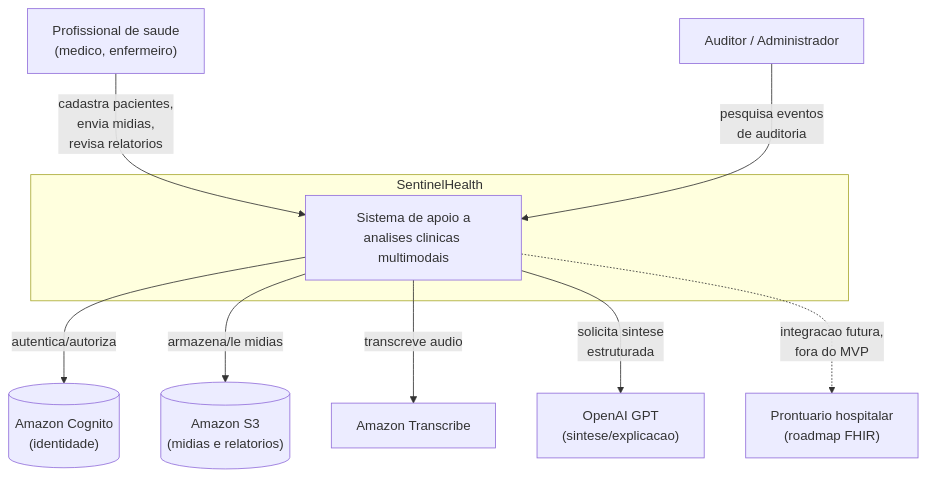
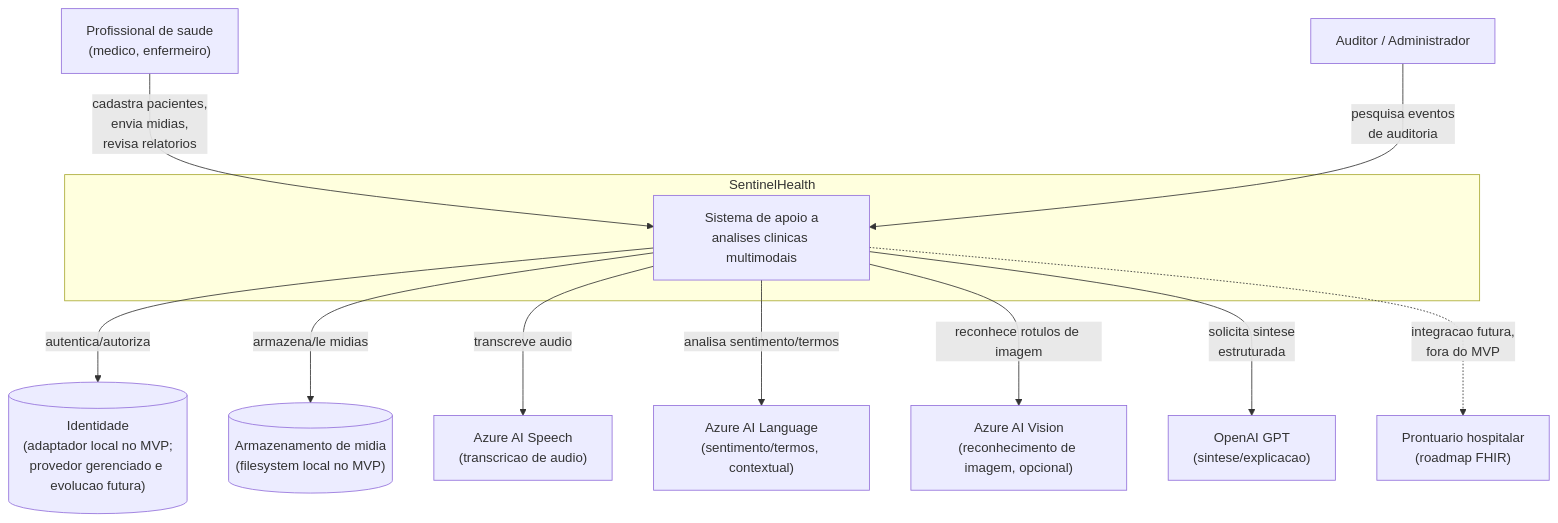
The diagram in docs/architecture/01-contexto.mmd (marcosvrc/sentinela-multimodal), drawn with Mermaid before and after one commit. The commit also changed 155 other files, not shown here.

```diff
--- a/docs/architecture/01-contexto.mmd
+++ b/docs/architecture/01-contexto.mmd
@@ -1,23 +1,27 @@
 %% Diagrama de Contexto (C4 nivel 1) - SentinelHealth
 graph TB
     profissional["Profissional de saude<br/>(medico, enfermeiro)"]
     auditor["Auditor / Administrador"]
 
     subgraph sentinelhealth["SentinelHealth"]
         sistema["Sistema de apoio a<br/>analises clinicas multimodais"]
     end
 
-    cognito[("Amazon Cognito<br/>(identidade)")]
-    s3[("Amazon S3<br/>(midias e relatorios)")]
-    transcribe["Amazon Transcribe"]
+    identidade[("Identidade<br/>(adaptador local no MVP;<br/>provedor gerenciado e evolucao futura)")]
+    storage[("Armazenamento de midia<br/>(filesystem local no MVP)")]
+    speech["Azure AI Speech<br/>(transcricao de audio)"]
+    language["Azure AI Language<br/>(sentimento/termos, contextual)"]
+    vision["Azure AI Vision<br/>(reconhecimento de imagem, opcional)"]
     openai["OpenAI GPT<br/>(sintese/explicacao)"]
     prontuario["Prontuario hospitalar<br/>(roadmap FHIR)"]
 
     profissional -->|cadastra pacientes,<br/>envia midias,<br/>revisa relatorios| sistema
     auditor -->|pesquisa eventos<br/>de auditoria| sistema
 
-    sistema -->|autentica/autoriza| cognito
-    sistema -->|armazena/le midias| s3
-    sistema -->|transcreve audio| transcribe
+    sistema -->|autentica/autoriza| identidade
+    sistema -->|armazena/le midias| storage
+    sistema -->|transcreve audio| speech
+    sistema -->|analisa sentimento/termos| language
+    sistema -->|reconhece rotulos de imagem| vision
     sistema -->|solicita sintese<br/>estruturada| openai
     sistema -.->|integracao futura,<br/>fora do MVP| prontuario
```
